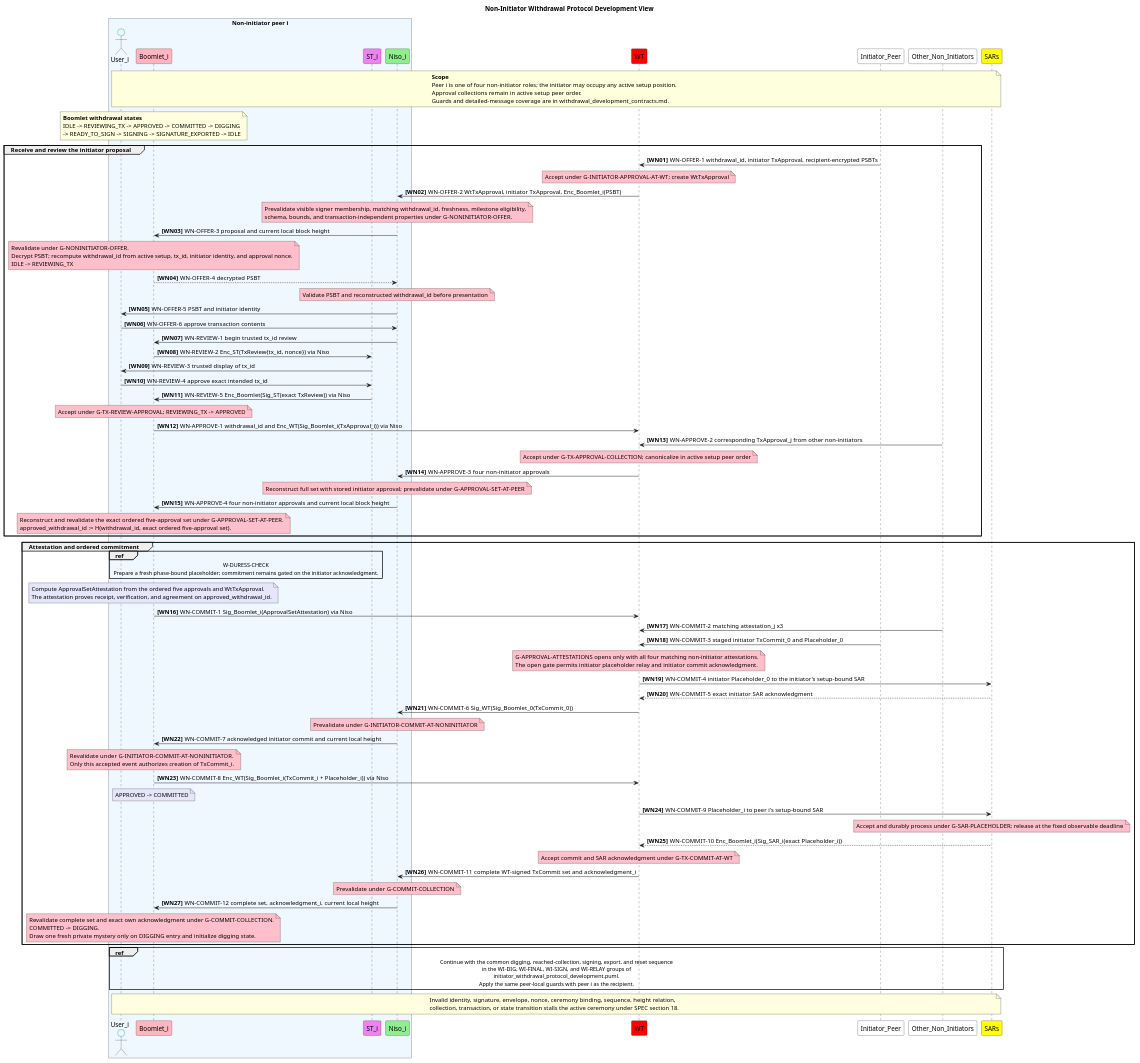
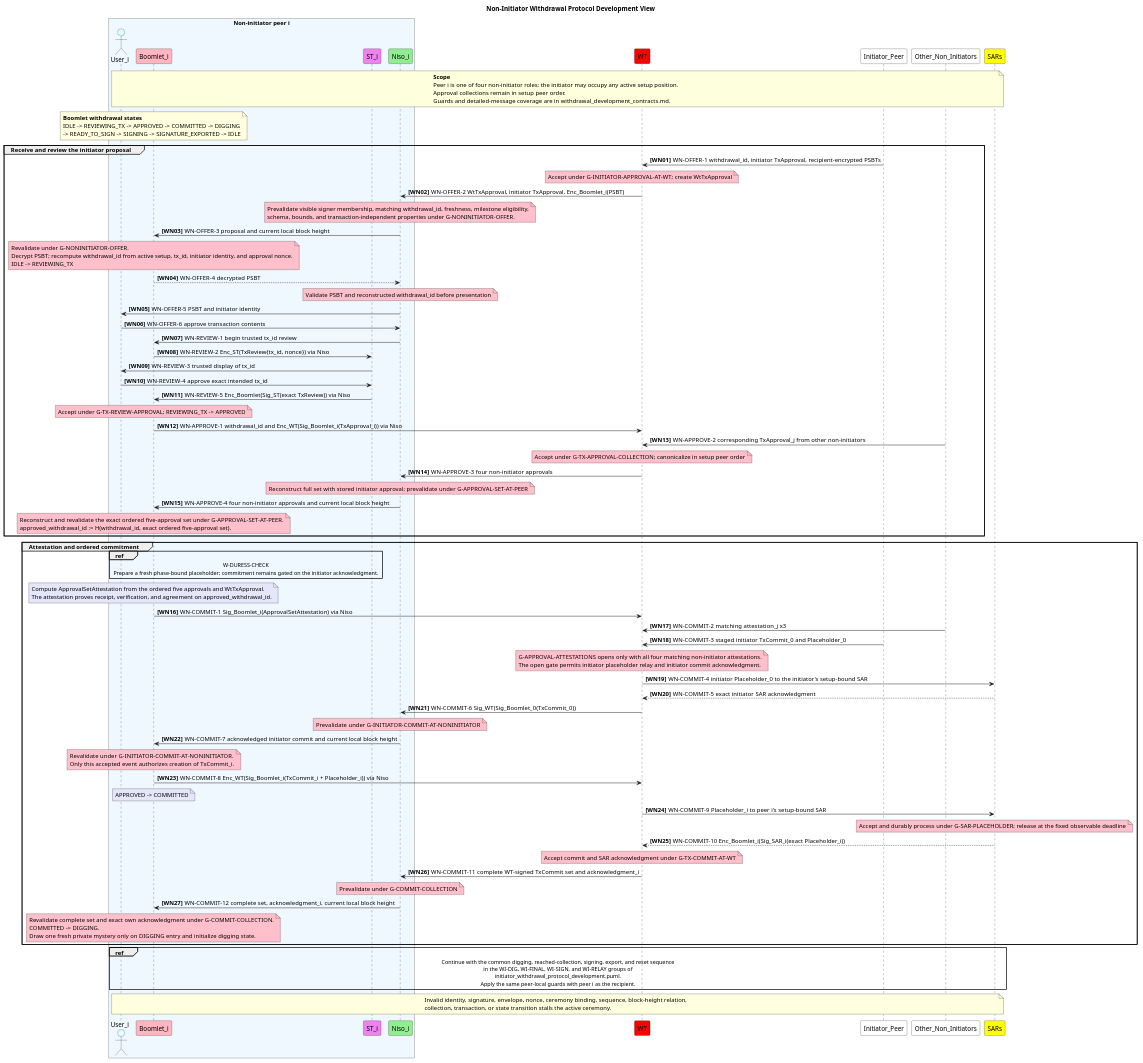
The diagram in withdrawal/non_initiator_withdrawal_protocol_development.puml (cogwheel26/boomerang_design), drawn with PlantUML before and after one commit. The commit also changed 42 other files, not shown here.

```diff
--- a/withdrawal/non_initiator_withdrawal_protocol_development.puml
+++ b/withdrawal/non_initiator_withdrawal_protocol_development.puml
@@ -1,121 +1,121 @@
 @startuml non_initiator_withdrawal_protocol_development
 skinparam sequenceMessageAlign left
 skinparam responseMessageBelowArrow true
 title Non-Initiator Withdrawal Protocol Development View
 
 box "Non-initiator peer i" #AliceBlue
 actor User_i as User #LightCyan
 participant Boomlet_i as Boomlet #LightPink
 participant ST_i as ST #Violet
 participant Niso_i as Niso #LightGreen
 end box
 participant WT #Red
 participant Initiator_Peer as Initiator #White
 participant Other_Non_Initiators as Other_Peers #White
 participant SARs #Yellow
 
 autonumber "<b>[WN00]"
 
 note over User, SARs
   <b>Scope</b>
   Peer i is one of four non-initiator roles; the initiator may occupy any active setup position.
-  Approval collections remain in active setup peer order.
+  Approval collections remain in setup peer order.
   Guards and detailed-message coverage are in withdrawal_development_contracts.md.
 end note
 
 note over Boomlet #LightYellow
   <b>Boomlet withdrawal states</b>
   IDLE -> REVIEWING_TX -> APPROVED -> COMMITTED -> DIGGING
   -> READY_TO_SIGN -> SIGNING -> SIGNATURE_EXPORTED -> IDLE
 end note
 
 group Receive and review the initiator proposal
 Initiator -> WT: WN-OFFER-1  withdrawal_id, initiator TxApproval, recipient-encrypted PSBTs
 note over WT #Pink: Accept under G-INITIATOR-APPROVAL-AT-WT; create WtTxApproval
 WT -> Niso: WN-OFFER-2  WtTxApproval, initiator TxApproval, Enc_Boomlet_i(PSBT)
 note over Niso #Pink
   Prevalidate visible signer membership, matching withdrawal_id, freshness, milestone eligibility,
   schema, bounds, and transaction-independent properties under G-NONINITIATOR-OFFER.
 end note
 Niso -> Boomlet: WN-OFFER-3  proposal and current local block height
 note over Boomlet #Pink
   Revalidate under G-NONINITIATOR-OFFER.
   Decrypt PSBT; recompute withdrawal_id from active setup, tx_id, initiator identity, and approval nonce.
   IDLE -> REVIEWING_TX
 end note
 Boomlet --> Niso: WN-OFFER-4  decrypted PSBT
 note over Niso #Pink: Validate PSBT and reconstructed withdrawal_id before presentation
 Niso -> User: WN-OFFER-5  PSBT and initiator identity
 User -> Niso: WN-OFFER-6  approve transaction contents
 Niso -> Boomlet: WN-REVIEW-1  begin trusted tx_id review
 Boomlet -> ST: WN-REVIEW-2  Enc_ST(TxReview{tx_id, nonce}) via Niso
 ST -> User: WN-REVIEW-3  trusted display of tx_id
 User -> ST: WN-REVIEW-4  approve exact intended tx_id
 ST -> Boomlet: WN-REVIEW-5  Enc_Boomlet(Sig_ST(exact TxReview)) via Niso
 note over Boomlet #Pink: Accept under G-TX-REVIEW-APPROVAL; REVIEWING_TX -> APPROVED
 Boomlet -> WT: WN-APPROVE-1  withdrawal_id and Enc_WT(Sig_Boomlet_i(TxApproval_i)) via Niso
 Other_Peers -> WT: WN-APPROVE-2  corresponding TxApproval_j from other non-initiators
-note over WT #Pink: Accept under G-TX-APPROVAL-COLLECTION; canonicalize in active setup peer order
+note over WT #Pink: Accept under G-TX-APPROVAL-COLLECTION; canonicalize in setup peer order
 WT -> Niso: WN-APPROVE-3  four non-initiator approvals
 note over Niso #Pink: Reconstruct full set with stored initiator approval; prevalidate under G-APPROVAL-SET-AT-PEER
 Niso -> Boomlet: WN-APPROVE-4  four non-initiator approvals and current local block height
 note over Boomlet #Pink
   Reconstruct and revalidate the exact ordered five-approval set under G-APPROVAL-SET-AT-PEER.
   approved_withdrawal_id := H(withdrawal_id, exact ordered five-approval set).
 end note
 end
 
 group Attestation and ordered commitment
 ref over User, ST, Boomlet
   W-DURESS-CHECK
   Prepare a fresh phase-bound placeholder; commitment remains gated on the initiator acknowledgment.
 end ref
 note over Boomlet #Lavender
   Compute ApprovalSetAttestation from the ordered five approvals and WtTxApproval.
   The attestation proves receipt, verification, and agreement on approved_withdrawal_id.
 end note
 Boomlet -> WT: WN-COMMIT-1  Sig_Boomlet_i(ApprovalSetAttestation) via Niso
 Other_Peers -> WT: WN-COMMIT-2  matching attestation_j x3
 Initiator -> WT: WN-COMMIT-3  staged initiator TxCommit_0 and Placeholder_0
 note over WT #Pink
   G-APPROVAL-ATTESTATIONS opens only with all four matching non-initiator attestations.
   The open gate permits initiator placeholder relay and initiator commit acknowledgment.
 end note
 WT -> SARs: WN-COMMIT-4  initiator Placeholder_0 to the initiator's setup-bound SAR
 SARs --> WT: WN-COMMIT-5  exact initiator SAR acknowledgment
 WT -> Niso: WN-COMMIT-6  Sig_WT(Sig_Boomlet_0(TxCommit_0))
 note over Niso #Pink: Prevalidate under G-INITIATOR-COMMIT-AT-NONINITIATOR
-Niso -> Boomlet: WN-COMMIT-7  acknowledged initiator commit and current local height
+Niso -> Boomlet: WN-COMMIT-7  acknowledged initiator commit and current local block height
 note over Boomlet #Pink
   Revalidate under G-INITIATOR-COMMIT-AT-NONINITIATOR.
   Only this accepted event authorizes creation of TxCommit_i.
 end note
 Boomlet -> WT: WN-COMMIT-8  Enc_WT(Sig_Boomlet_i(TxCommit_i + Placeholder_i)) via Niso
 note over Boomlet #Lavender: APPROVED -> COMMITTED
 WT -> SARs: WN-COMMIT-9  Placeholder_i to peer i's setup-bound SAR
 note over SARs #Pink: Accept and durably process under G-SAR-PLACEHOLDER; release at the fixed observable deadline
 SARs --> WT: WN-COMMIT-10  Enc_Boomlet_i(Sig_SAR_i(exact Placeholder_i))
 note over WT #Pink: Accept commit and SAR acknowledgment under G-TX-COMMIT-AT-WT
 WT -> Niso: WN-COMMIT-11  complete WT-signed TxCommit set and acknowledgment_i
 note over Niso #Pink: Prevalidate under G-COMMIT-COLLECTION
-Niso -> Boomlet: WN-COMMIT-12  complete set, acknowledgment_i, current local height
+Niso -> Boomlet: WN-COMMIT-12  complete set, acknowledgment_i, current local block height
 note over Boomlet #Pink
   Revalidate complete set and exact own acknowledgment under G-COMMIT-COLLECTION.
   COMMITTED -> DIGGING.
   Draw one fresh private mystery only on DIGGING entry and initialize digging state.
 end note
 end
 
 ref over User, SARs
   Continue with the common digging, reached-collection, signing, export, and reset sequence
   in the WI-DIG, WI-FINAL, WI-SIGN, and WI-RELAY groups of
   initiator_withdrawal_protocol_development.puml.
   Apply the same peer-local guards with peer i as the recipient.
 end ref
 
 note over User, SARs #LightYellow
-  Invalid identity, signature, envelope, nonce, ceremony binding, sequence, height relation,
-  collection, transaction, or state transition stalls the active ceremony under SPEC section 18.
+  Invalid identity, signature, envelope, nonce, ceremony binding, sequence, block-height relation,
+  collection, transaction, or state transition stalls the active ceremony.
 end note
 
 @enduml
```
